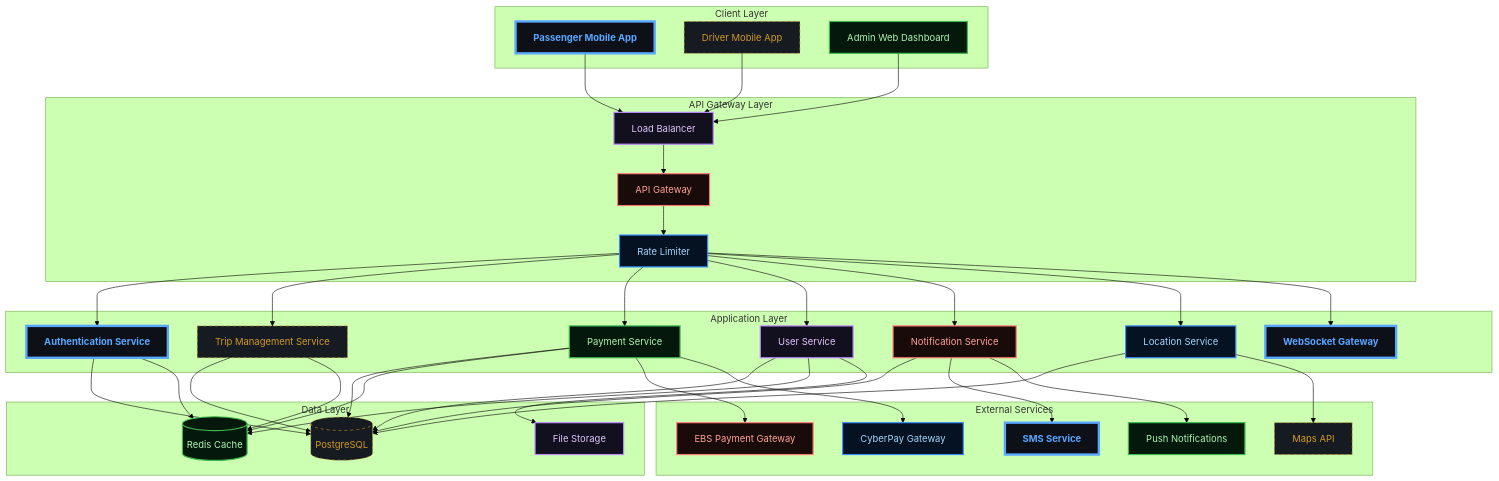
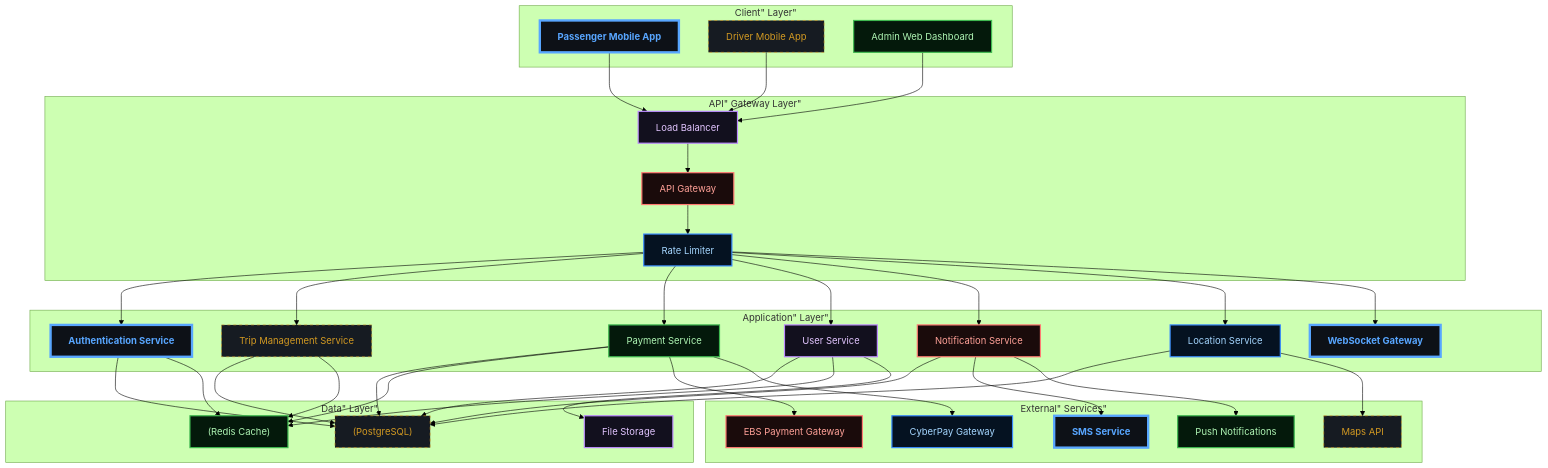
The first of 15 diagrams in docs/ARCHITECTURE.md (abdoElHodaky/transportapp), drawn with Mermaid (forest theme) before and after one commit. The commit also changed other lines of this file and 7 other files, not shown here.

````diff
--- a/docs/ARCHITECTURE.md
+++ b/docs/ARCHITECTURE.md
@@ -23,39 +23,39 @@
 ```mermaid
 graph TB
-    subgraph "Client Layer"
-        A[Passenger Mobile App]
-        B[Driver Mobile App]
-        C[Admin Web Dashboard]
+    subgraph ""Client" Layer"
+        A["Passenger Mobile App"]
+        B["Driver Mobile App"]
+        C["Admin Web Dashboard"]
     end
     
-    subgraph "API Gateway Layer"
-        D[Load Balancer]
-        E[API Gateway]
-        F[Rate Limiter]
+    subgraph ""API" Gateway Layer"
+        D["Load Balancer"]
+        E["API Gateway"]
+        F["Rate Limiter"]
     end
     
-    subgraph "Application Layer"
-        G[Authentication Service]
-        H[Trip Management Service]
-        I[Payment Service]
-        J[User Service]
-        K[Notification Service]
-        L[Location Service]
-        M[WebSocket Gateway]
+    subgraph ""Application" Layer"
+        G["Authentication Service"]
+        H["Trip Management Service"]
+        I["Payment Service"]
+        J["User Service"]
+        K["Notification Service"]
+        L["Location Service"]
+        M["WebSocket Gateway"]
     end
     
-    subgraph "Data Layer"
-        N[(PostgreSQL)]
-        O[(Redis Cache)]
-        P[File Storage]
+    subgraph ""Data" Layer"
+        N["(PostgreSQL)"]
+        O["(Redis Cache)"]
+        P["File Storage"]
     end
     
-    subgraph "External Services"
-        Q[EBS Payment Gateway]
-        R[CyberPay Gateway]
-        S[SMS Service]
-        T[Maps API]
-        U[Push Notifications]
+    subgraph ""External" Services"
+        Q["EBS Payment Gateway"]
+        R["CyberPay Gateway"]
+        S["SMS Service"]
+        T["Maps API"]
+        U["Push Notifications"]
     end
     
     A --> D
````
